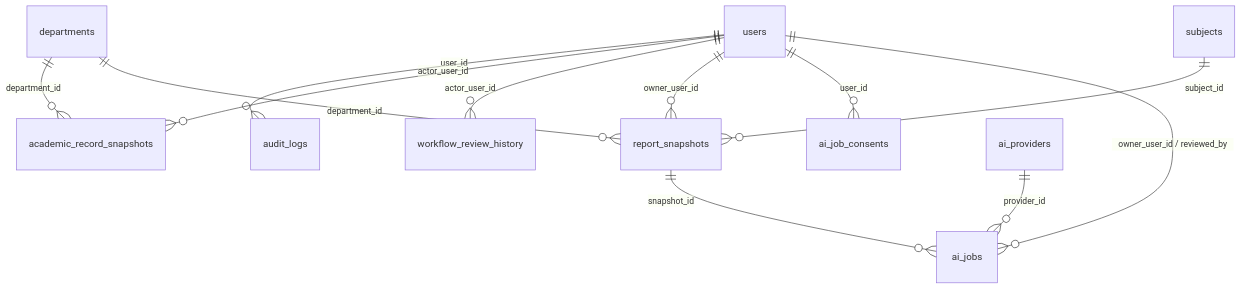
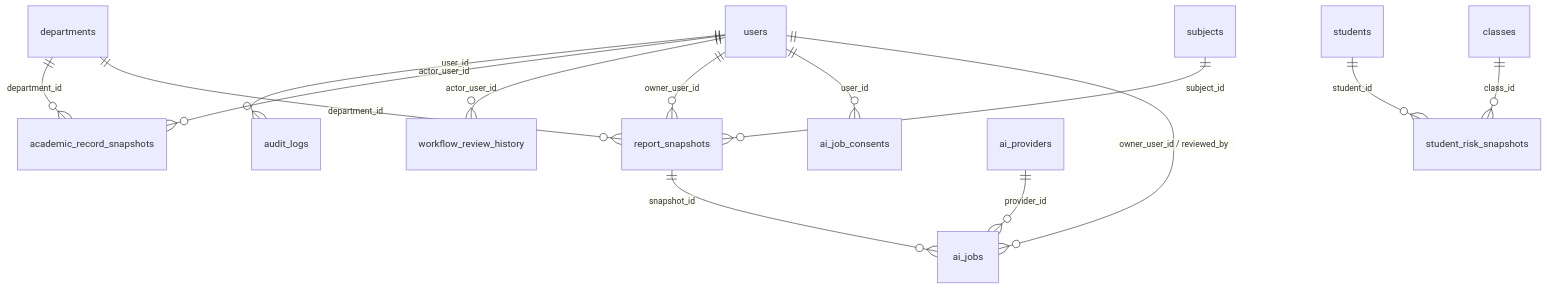
One commit to katamanilprojects/sarb changed diagram 12 of 12 in docs/database/relationships.md. Above: the diagram before and after it, drawn with Mermaid. The commit also changed other lines of this file and 144 other files, not shown here.

````diff
--- a/docs/database/relationships.md
+++ b/docs/database/relationships.md
@@ -448,14 +448,16 @@
 ```mermaid
 erDiagram
     users ||--o{ audit_logs : "user_id"
     users ||--o{ academic_record_snapshots : "actor_user_id"
     departments ||--o{ academic_record_snapshots : "department_id"
     users ||--o{ workflow_review_history : "actor_user_id"
     users ||--o{ report_snapshots : "owner_user_id"
     departments ||--o{ report_snapshots : "department_id"
     subjects ||--o{ report_snapshots : "subject_id"
     users ||--o{ ai_job_consents : "user_id"
     report_snapshots ||--o{ ai_jobs : "snapshot_id"
     ai_providers ||--o{ ai_jobs : "provider_id"
     users ||--o{ ai_jobs : "owner_user_id / reviewed_by"
+    students ||--o{ student_risk_snapshots : "student_id"
+    classes ||--o{ student_risk_snapshots : "class_id"
 ```
````
